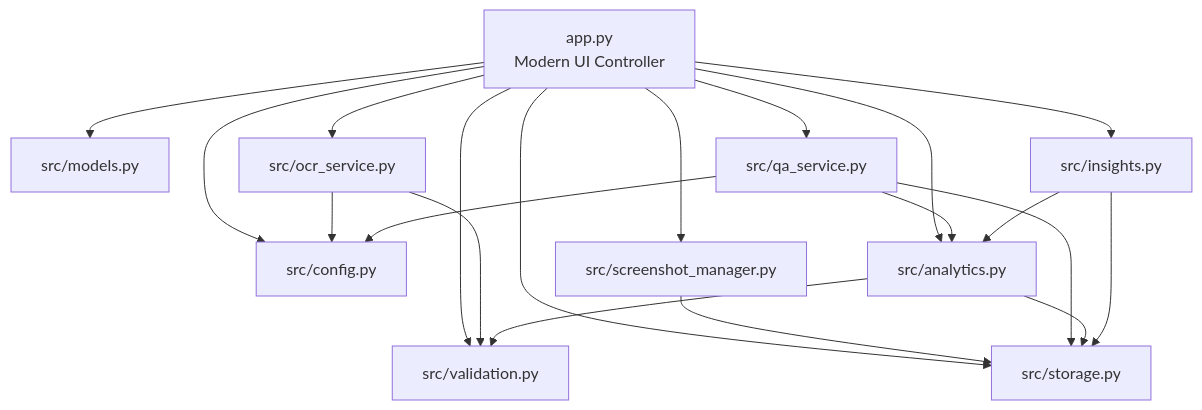
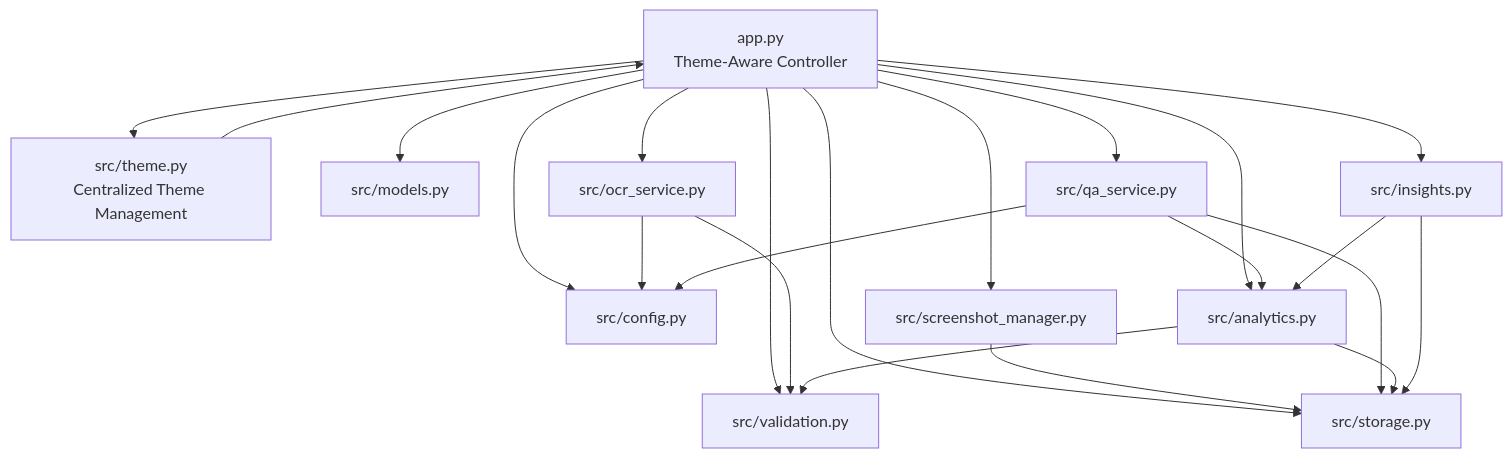
Before and after one commit to Johnny22056/SwimingStatus: diagram 15 of 15 in .qoder/repowiki/en/content/Core Components/Application Controller.md, drawn with Mermaid. The commit also changed other lines of this file and 2 other files, not shown here.

First line of the commit message:
feat(theme): integrate comprehensive dynamic theme management system

````diff
--- a/.qoder/repowiki/en/content/Core Components/Application Controller.md
+++ b/.qoder/repowiki/en/content/Core Components/Application Controller.md
@@ -491,22 +549,24 @@
 ```mermaid
 graph TB
-APP["app.py<br/>Modern UI Controller"] --> CFG["src/config.py"]
+APP["app.py<br/>Theme-Aware Controller"] --> THEME["src/theme.py<br/>Centralized Theme Management"]
+APP --> CFG["src/config.py"]
 APP --> MOD["src/models.py"]
 APP --> ST["src/storage.py"]
 APP --> SM["src/screenshot_manager.py"]
 APP --> OCR["src/ocr_service.py"]
 APP --> VAL["src/validation.py"]
 APP --> ANA["src/analytics.py"]
 APP --> INS["src/insights.py"]
 APP --> QA["src/qa_service.py"]
+THEME --> APP
 SM --> ST
 OCR --> VAL
 OCR --> CFG
 QA --> CFG
 QA --> ST
 QA --> ANA
 ANA --> ST
 ANA --> VAL
 INS --> ST
 INS --> ANA
 ```
````
